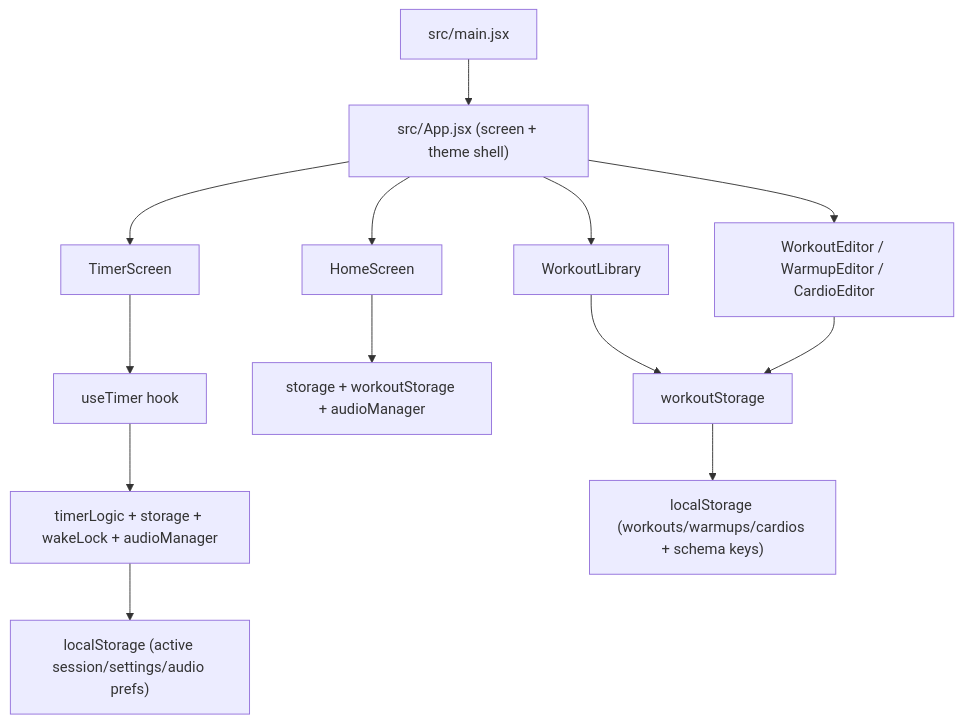
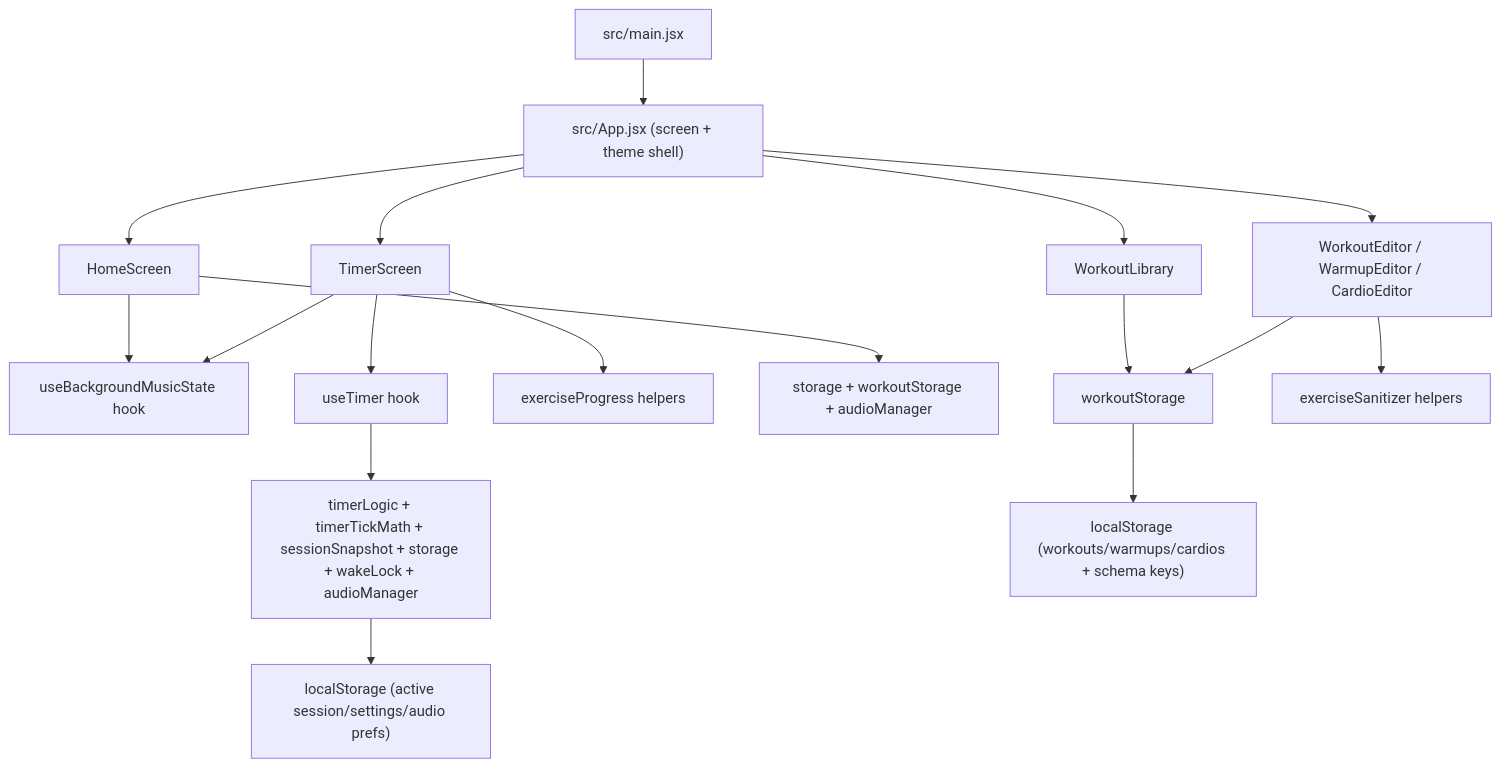
One commit to milogosx/new-timer changed the diagram in docs/architecture-map.md. Above: the diagram before and after it, drawn with Mermaid. The commit also changed other lines of this file and 1 other file, not shown here.

Commit message:
docs: update architecture map for structural refactors

````diff
--- a/docs/architecture-map.md
+++ b/docs/architecture-map.md
@@ -14,15 +14,19 @@
 ```mermaid
 flowchart TD
   A["src/main.jsx"] --> B["src/App.jsx (screen + theme shell)"]
   B --> C["HomeScreen"]
   B --> D["TimerScreen"]
   B --> E["WorkoutLibrary"]
   B --> F["WorkoutEditor / WarmupEditor / CardioEditor"]
+  C --> M["useBackgroundMusicState hook"]
   D --> G["useTimer hook"]
-  G --> H["timerLogic + storage + wakeLock + audioManager"]
+  D --> N["exerciseProgress helpers"]
+  D --> M
+  G --> H["timerLogic + timerTickMath + sessionSnapshot + storage + wakeLock + audioManager"]
   C --> I["storage + workoutStorage + audioManager"]
   E --> J["workoutStorage"]
+  F --> O["exerciseSanitizer helpers"]
   F --> J
   J --> K["localStorage (workouts/warmups/cardios + schema keys)"]
   H --> L["localStorage (active session/settings/audio prefs)"]
 ```
````
